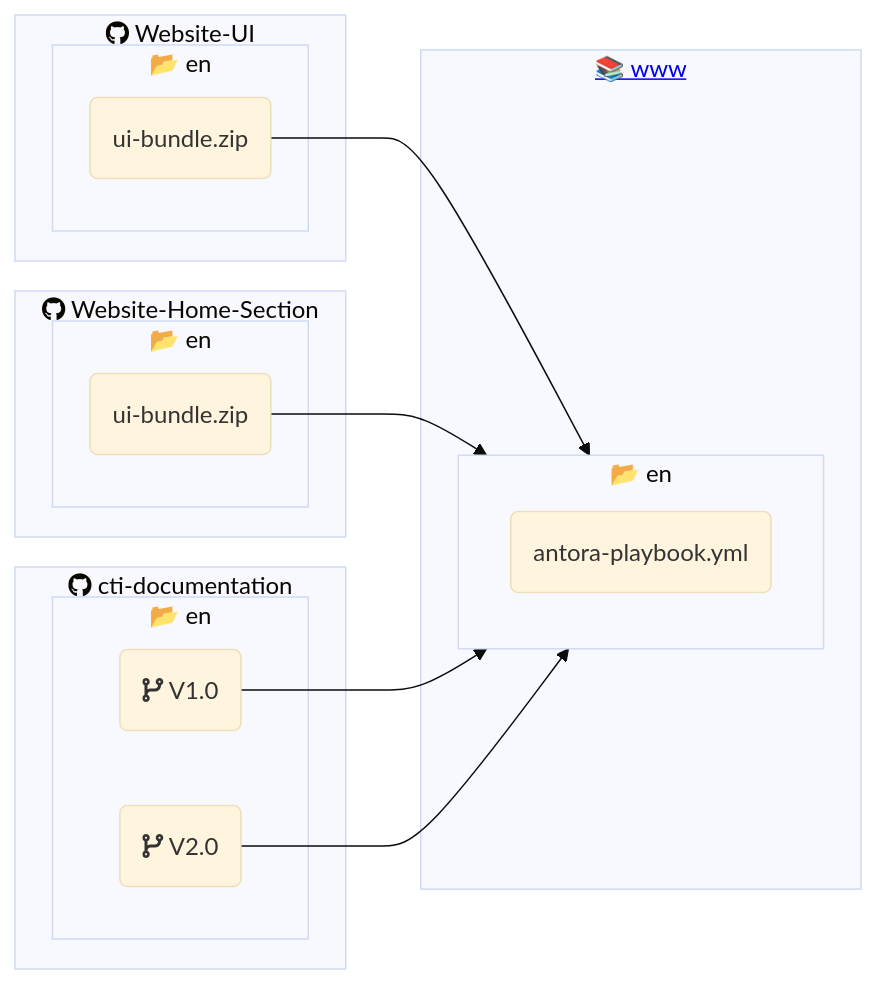
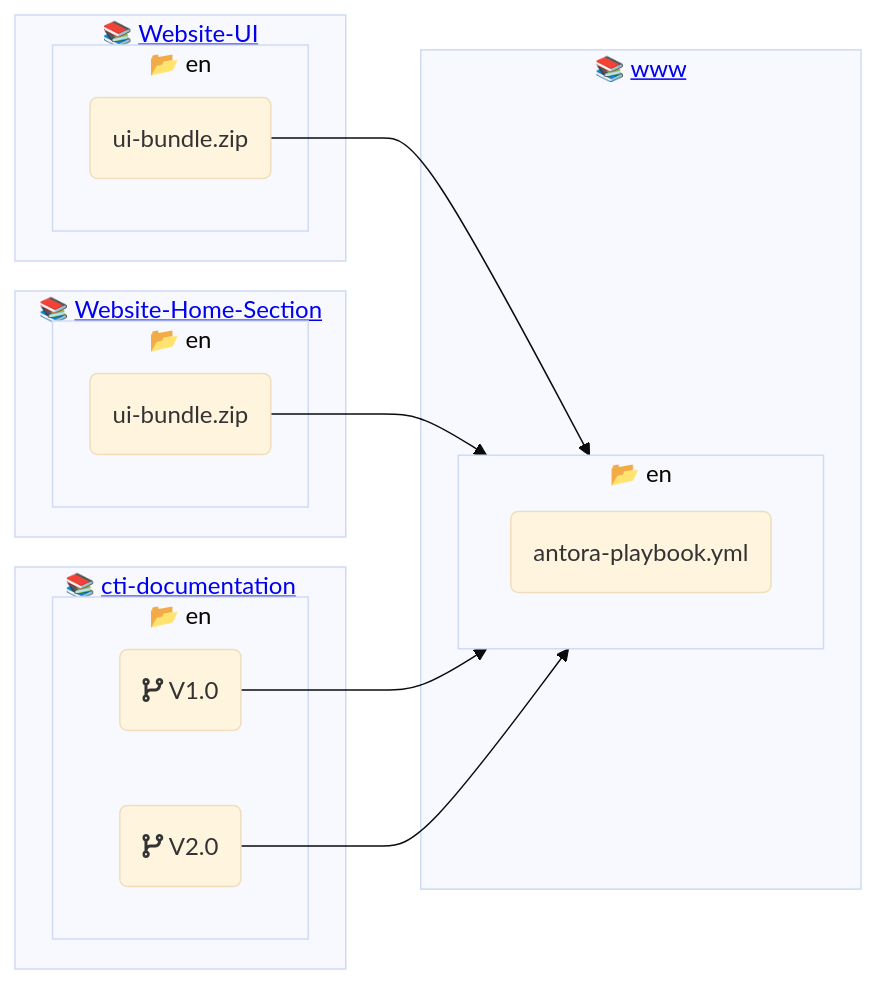
The diagram in README.md (j-medland/www), drawn with Mermaid (base theme) before and after one commit.

Commit message:
book emoji for all

````diff
--- a/README.md
+++ b/README.md
@@ -4,24 +4,24 @@
 ```mermaid
 flowchart LR
-    subgraph www["<a href='https://github.com/LabVIEWCommunityTraining/www'>📚 www</a>"]
+    subgraph www["📚 <a href='https://github.com/LabVIEWCommunityTraining/www'>www</a>"]
         subgraph en-www["📂 en"]
             en-antora-playbook(antora-playbook.yml)
         end
     end
-    subgraph "<i class="fa-brands fa-github"></i> Website-UI"
+    subgraph website-ui["📚 <a href='https://github.com/LabVIEWCommunityTraining/website-ui'>Website-UI</a>"]
         subgraph en-ui["📂 en"]
             en-ui-bundle(ui-bundle.zip)-->en-www
         end
     end
-    subgraph "<i class="fa-brands fa-github"></i> Website-Home-Section"
+    subgraph website-home["📚 <a href='https://github.com/LabVIEWCommunityTraining/website-home-section'>Website-Home-Section</a>"]
         subgraph en-hs["📂 en"]
             en-hs-content(ui-bundle.zip)-->en-www
         end
         end
-    subgraph "<i class="fa-brands fa-github"></i> cti-documentation"
+    subgraph cti-docs["📚 <a href='https://github.com/LabVIEWCommunityTraining/cti-documentation'>cti-documentation</a>"]
         subgraph en-doc["📂 en"]
             en-conv1(<i class="fas fa-code-branch"></i> V1.0)-->en-www
             en-conv2(<i class="fas fa-code-branch"></i> V2.0)-->en-www
         end
     end
 ```
````
